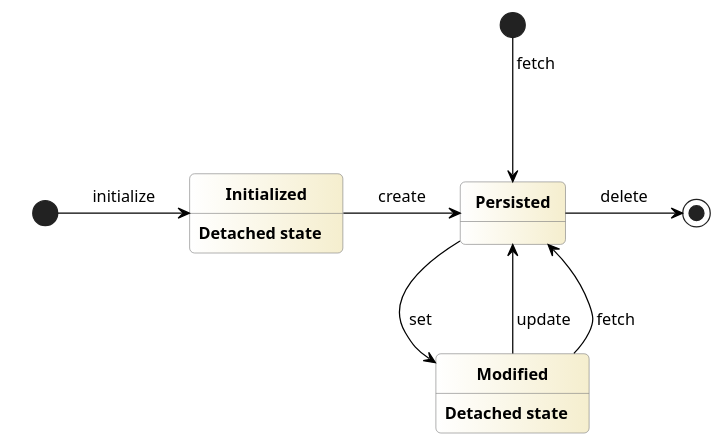
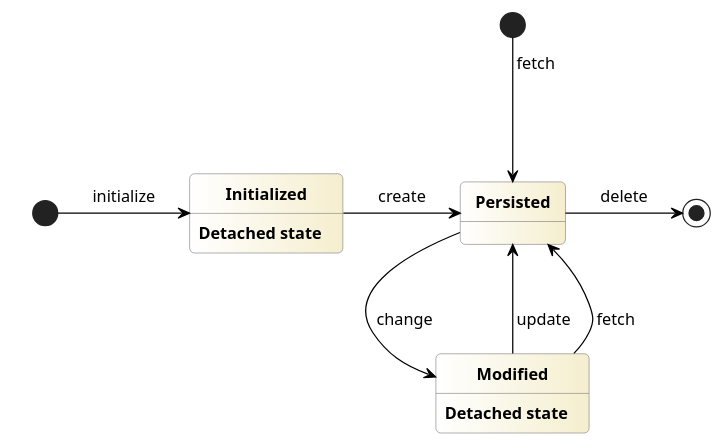
Before and after one commit to BlackBeltTechnology/judo-meta-jsl: the second of 2 diagrams in docs/pages/07_transfer.adoc, drawn with PlantUML. The commit also changed other lines of this file and 2 other files, not shown here.

```diff
--- a/docs/pages/07_transfer.adoc
+++ b/docs/pages/07_transfer.adoc
@@ -463,42 +560,42 @@
 [plantuml, target=diagram-mto-lifecycle, format=png, align="center"]
 ....
 @startuml lifecycle
 skinparam nodesep 50
 skinparam ranksep 10
 skinparam shadowing false
 
 skinparam padding 2
 skinparam roundCorner 8
 
 skinparam state {
     FontColor<<White>> white
     BackgroundColor<<White>> white
     BorderColor<<White>> white
 
     BackgroundColor white|#f5eece
     BorderColor #grey
     ArrowColor #black
     FontSize 13
     FontStyle bold
 }
 
 state Persisted
 state Modified
 
 state Start <<White>> {
     [*] -right-> Initialized : initialize
     state Initialized : Detached state
 }
 
 
 [*] -down-> Persisted : fetch
 Initialized -right-> Persisted : create
-Persisted ---> Modified : set
+Persisted ---> Modified : change
 Modified ---> Persisted : update
 Modified ---> Persisted : fetch
 Persisted -right-> [*] : delete
 
 Modified: Detached state
 
 @enduml
 ....
```
